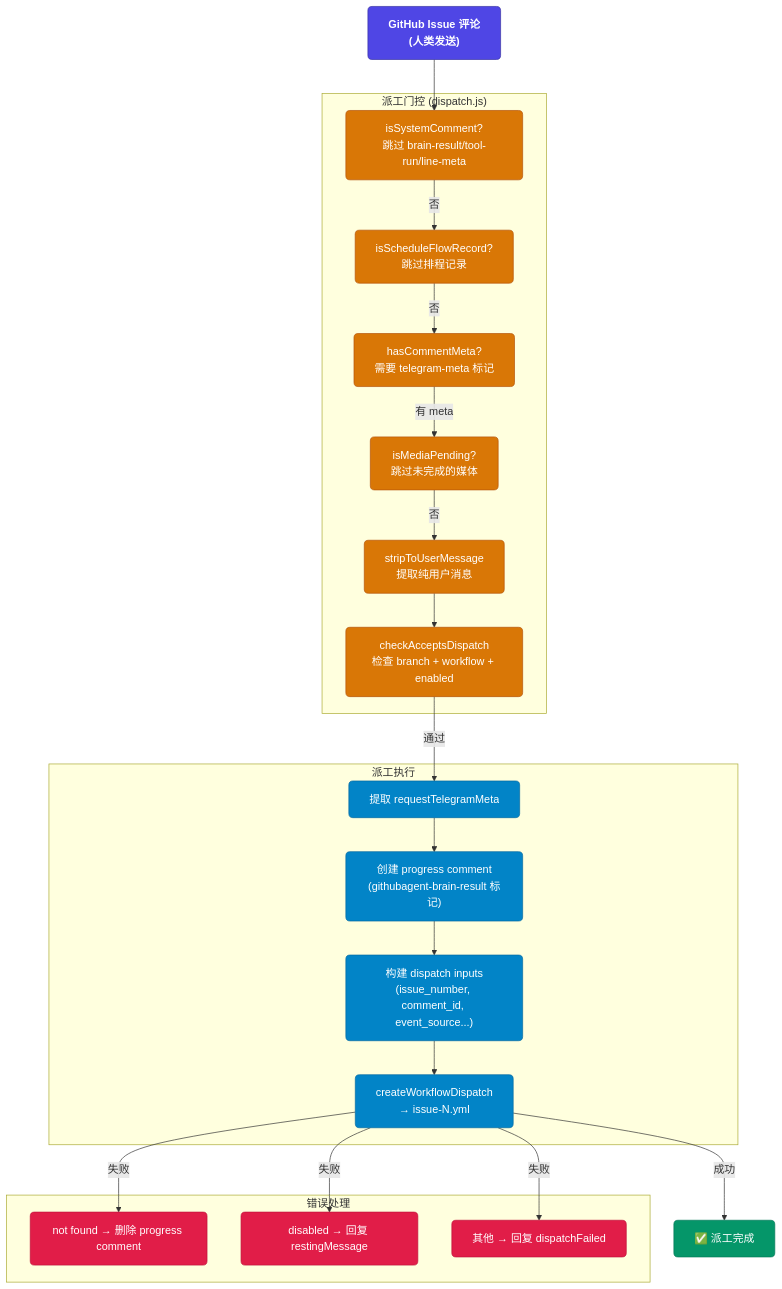
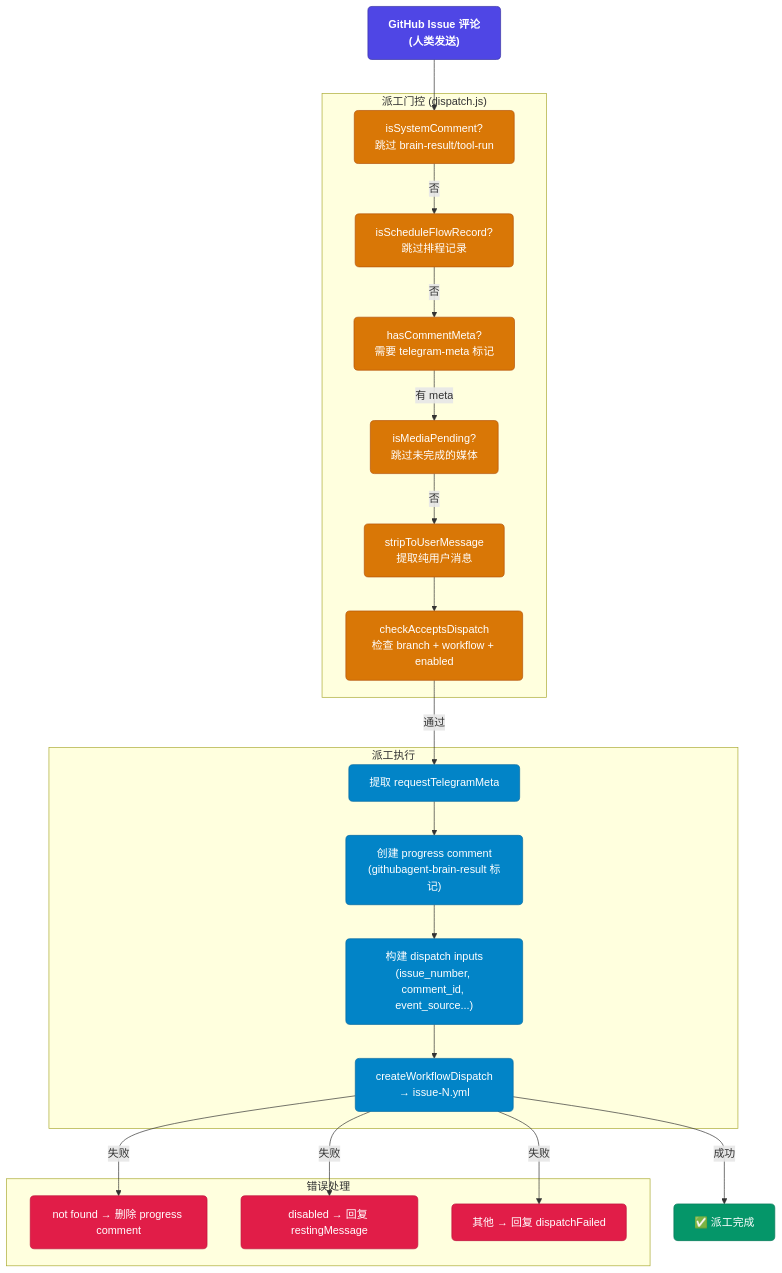
The fifth of 11 diagrams in src/ARCHITECTURE.md (getfde-admin/myagent-core), drawn with Mermaid before and after one commit. The commit also changed other lines of this file and 20 other files, not shown here.

````diff
--- a/src/ARCHITECTURE.md
+++ b/src/ARCHITECTURE.md
@@ -295,37 +293,37 @@
 ```mermaid
 flowchart TB
     classDef input fill:#4f46e5,stroke:#3730a3,color:#fff,font-weight:bold,rx:6px
     classDef gate fill:#d97706,stroke:#b45309,color:#fff,rx:6px
     classDef exec fill:#0284c7,stroke:#0369a1,color:#fff,rx:6px
     classDef ok fill:#059669,stroke:#047857,color:#fff,rx:6px
     classDef err fill:#e11d48,stroke:#be123c,color:#fff,rx:6px
 
     COMMENT["GitHub Issue 评论<br/>(人类发送)"]:::input
 
     subgraph "派工门控 (dispatch.js)"
-        G1["isSystemComment?<br/>跳过 brain-result/tool-run/line-meta"]:::gate
+        G1["isSystemComment?<br/>跳过 brain-result/tool-run"]:::gate
         G2["isScheduleFlowRecord?<br/>跳过排程记录"]:::gate
         G3["hasCommentMeta?<br/>需要 telegram-meta 标记"]:::gate
         G4["isMediaPending?<br/>跳过未完成的媒体"]:::gate
         G5["stripToUserMessage<br/>提取纯用户消息"]:::gate
         G6["checkAcceptsDispatch<br/>检查 branch + workflow + enabled"]:::gate
     end
 
     subgraph "派工执行"
         D1["提取 requestTelegramMeta"]:::exec
         D2["创建 progress comment<br/>(githubagent-brain-result 标记)"]:::exec
         D3["构建 dispatch inputs<br/>(issue_number, comment_id, event_source...)"]:::exec
         D4["createWorkflowDispatch<br/>→ issue-N.yml"]:::exec
     end
 
     subgraph "错误处理"
         E1["not found → 删除 progress comment"]:::err
         E2["disabled → 回复 restingMessage"]:::err
         E3["其他 → 回复 dispatchFailed"]:::err
     end
 
     COMMENT --> G1 -->|否| G2 -->|否| G3 -->|有 meta| G4 -->|否| G5 --> G6
     G6 -->|通过| D1 --> D2 --> D3 --> D4
     D4 -->|成功| OK["✅ 派工完成"]:::ok
     D4 -->|失败| E1 & E2 & E3
 ```
````
